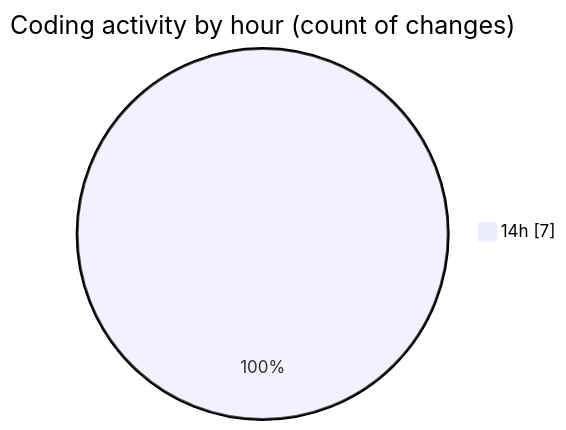
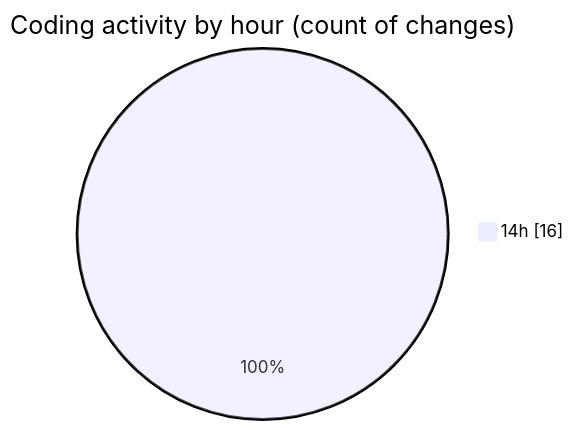
One commit to momahboobian/code-tracking changed the second of 2 diagrams in 2025-03-02/cda/README.md. Above: the diagram before and after it, drawn with Mermaid. The commit also changed other lines of this file and 1 other file, not shown here.

````diff
--- a/2025-03-02/cda/README.md
+++ b/2025-03-02/cda/README.md
@@ -29,5 +29,5 @@
 ```mermaid
 pie showData
 title Coding activity by hour (count of changes)
-"14h" : 7
+"14h" : 16
 ```
````
